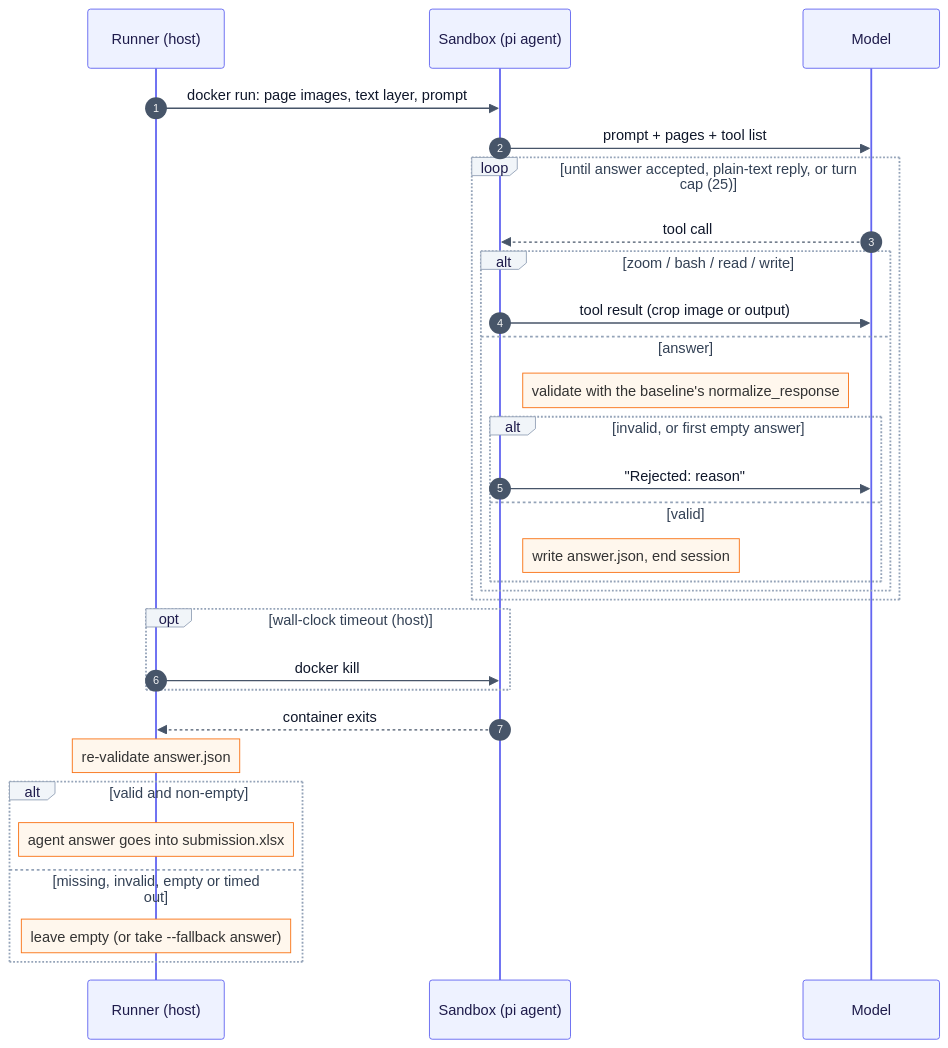
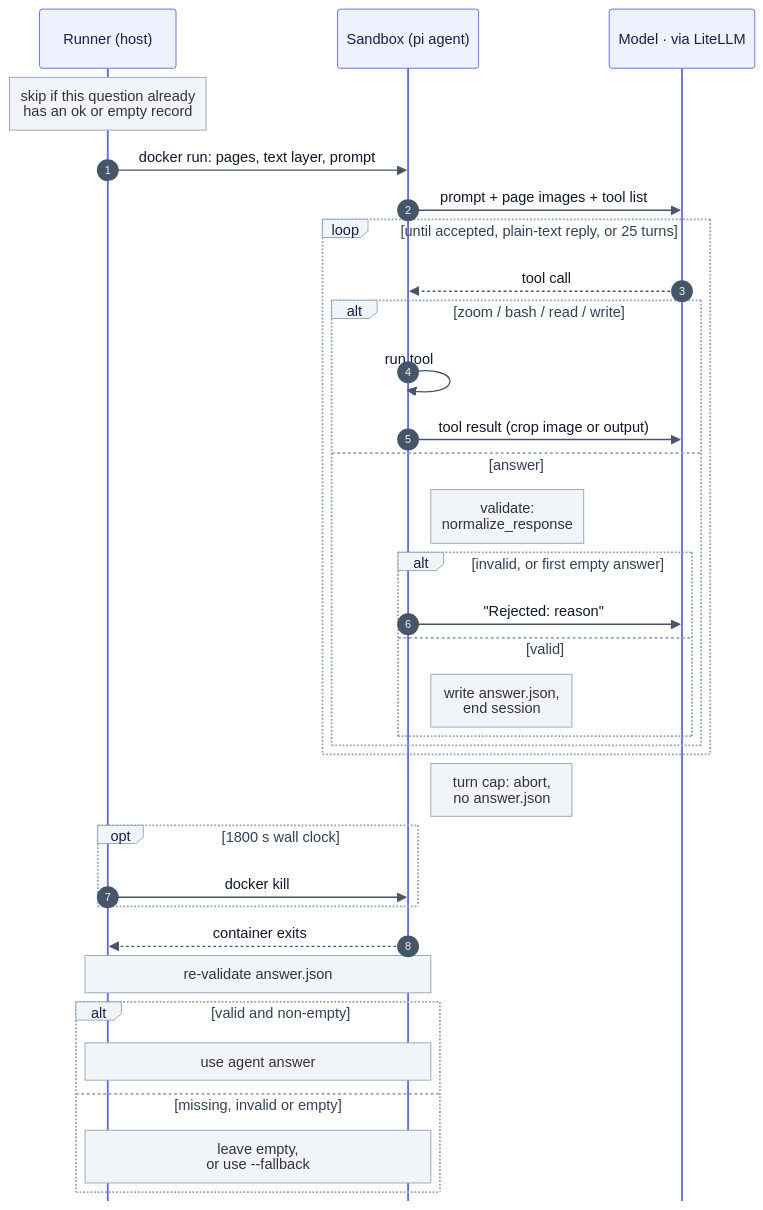
Before and after one commit to eric15342335/AIFep-FDU.github.io: the diagram in docs/diagrams/session-sequence.mmd, drawn with Mermaid. The commit also changed 5 other files, not shown here.

First line of the commit message:
Redraw diagrams after design review

```diff
--- a/docs/diagrams/session-sequence.mmd
+++ b/docs/diagrams/session-sequence.mmd
@@ -1,35 +1,38 @@
-%%{init: {"theme": "base", "themeVariables": {"fontSize": "15px", "actorBkg": "#eef2ff", "actorBorder": "#6366f1", "actorTextColor": "#1e1b4b", "noteBkgColor": "#fff7ed", "noteBorderColor": "#f97316", "loopTextColor": "#334155", "labelBoxBkgColor": "#f1f5f9", "labelBoxBorderColor": "#94a3b8", "signalColor": "#475569", "signalTextColor": "#0f172a"}}}%%
+%%{init: {"theme": "base", "themeVariables": {"fontSize": "15px", "actorBkg": "#eef2ff", "actorBorder": "#6366f1", "actorTextColor": "#1e1b4b", "noteBkgColor": "#f1f5f9", "noteBorderColor": "#94a3b8", "loopTextColor": "#334155", "labelBoxBkgColor": "#f1f5f9", "labelBoxBorderColor": "#94a3b8", "signalColor": "#475569", "signalTextColor": "#0f172a"}, "sequence": {"mirrorActors": false, "noteMargin": 12}}}%%
 %% One question: how an answer gets accepted and collected.
 sequenceDiagram
     autonumber
     participant R as Runner (host)
     participant S as Sandbox (pi agent)
-    participant M as Model
+    participant M as Model · via LiteLLM
 
-    R->>S: docker run: page images, text layer, prompt
-    S->>M: prompt + pages + tool list
+    Note over R: skip if this question already<br/>has an ok or empty record
+    R->>S: docker run: pages, text layer, prompt
+    S->>M: prompt + page images + tool list
 
-    loop until answer accepted, plain-text reply, or turn cap (25)
+    loop until accepted, plain-text reply, or 25 turns
         M-->>S: tool call
         alt zoom / bash / read / write
+            S->>S: run tool
             S->>M: tool result (crop image or output)
         else answer
-            Note right of S: validate with the baseline's normalize_response
+            Note right of S: validate:<br/>normalize_response
             alt invalid, or first empty answer
                 S->>M: "Rejected: reason"
             else valid
-                Note right of S: write answer.json, end session
+                Note right of S: write answer.json,<br/>end session
             end
         end
     end
+    Note right of S: turn cap: abort,<br/>no answer.json
 
-    opt wall-clock timeout (host)
+    opt 1800 s wall clock
         R->>S: docker kill
     end
     S-->>R: container exits
-    Note over R: re-validate answer.json
+    Note over R,S: re-validate answer.json
     alt valid and non-empty
-        Note over R: agent answer goes into submission.xlsx
-    else missing, invalid, empty or timed out
-        Note over R: leave empty (or take --fallback answer)
+        Note over R,S: use agent answer
+    else missing, invalid or empty
+        Note over R,S: leave empty,<br/>or use --fallback
     end
```
